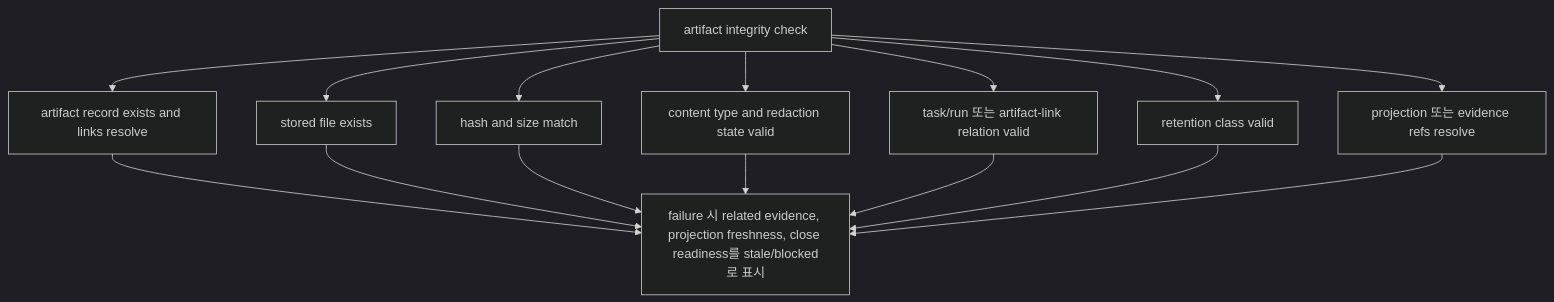
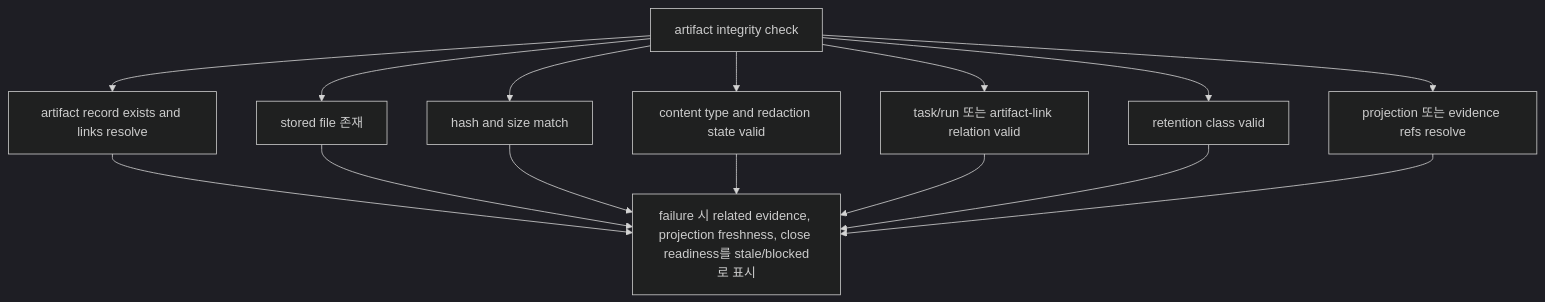
One commit to minjungw00/Volicord changed diagram 11 of 14 in docs/ko/reference/operations-and-conformance.md. Above: the diagram before and after it, drawn with Mermaid (dark theme). The commit also changed other lines of this file and 14 other files, not shown here.

````diff
--- a/docs/ko/reference/operations-and-conformance.md
+++ b/docs/ko/reference/operations-and-conformance.md
@@ -472,17 +472,17 @@
 ```mermaid
 flowchart TD
   Check["artifact integrity check"] --> Record["artifact record exists and links resolve"]
-  Check --> File["stored file exists"]
+  Check --> File["stored file 존재"]
   Check --> Hash["hash and size match"]
   Check --> Type["content type and redaction state valid"]
   Check --> Relation["task/run 또는 artifact-link relation valid"]
   Check --> Retention["retention class valid"]
   Check --> ProjectionRefs["projection 또는 evidence refs resolve"]
   Record --> Consequence["failure 시 related evidence, projection freshness, close readiness를 stale/blocked로 표시"]
   File --> Consequence
   Hash --> Consequence
   Type --> Consequence
   Relation --> Consequence
   Retention --> Consequence
   ProjectionRefs --> Consequence
 ```
````
